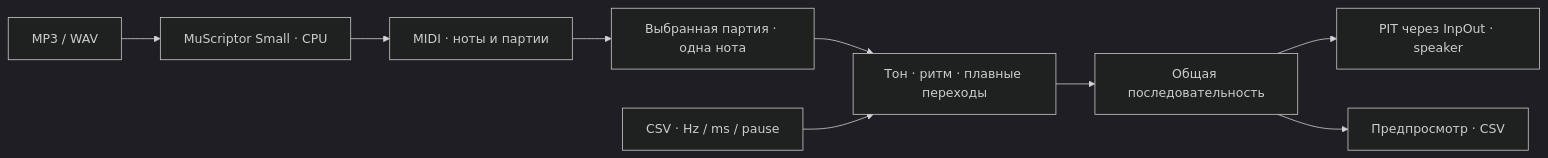
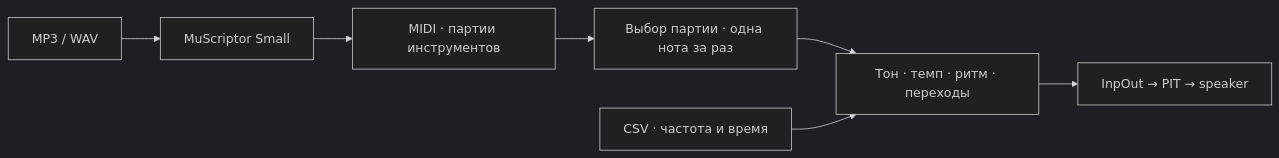
One commit to esinkirill/speaker-studio changed the diagram in README.md. Above: the diagram before and after it, drawn with Mermaid (dark theme). The commit also changed other lines of this file and 10 other files, not shown here.

````diff
--- a/README.md
+++ b/README.md
@@ -44,11 +37,9 @@
 ```mermaid
 flowchart LR
-    A[MP3 / WAV] --> B[MuScriptor Small · CPU]
-    B --> C[MIDI · ноты и партии]
-    C --> D[Выбранная партия · одна нота]
-    D --> E[Тон · ритм · плавные переходы]
-    F[CSV · Hz / ms / pause] --> E
-    E --> G[Общая последовательность]
-    G --> H[PIT через InpOut · speaker]
-    G --> I[Предпросмотр · CSV]
+    A[MP3 / WAV] --> B[MuScriptor Small]
+    B --> C[MIDI · партии инструментов]
+    C --> D[Выбор партии · одна нота за раз]
+    D --> E[Тон · темп · ритм · переходы]
+    F[CSV · частота и время] --> E
+    E --> G[InpOut → PIT → speaker]
 ```
````
